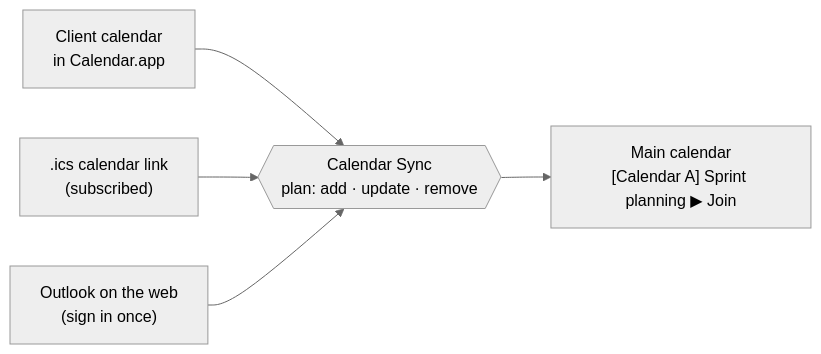
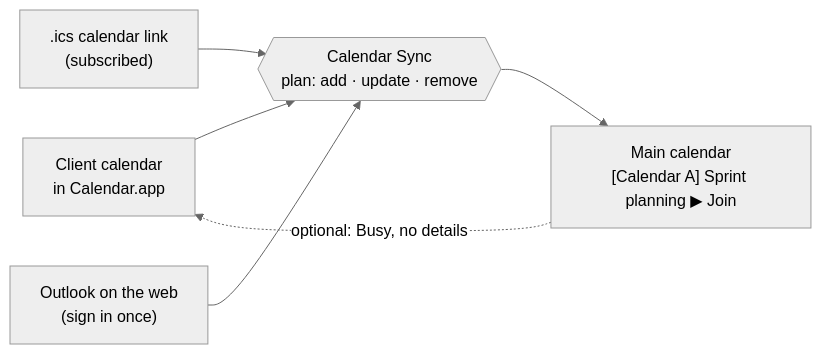
Before and after one commit to fernandojbf/Calendar-Sync: the diagram in README.md, drawn with Mermaid (neutral theme). The commit also changed other lines of this file and 6 other files, not shown here.

````diff
--- a/README.md
+++ b/README.md
@@ -83,7 +91,8 @@
 ```mermaid
 flowchart LR
     A["Client calendar<br/>in Calendar.app"] --> S
     B[".ics calendar link<br/>(subscribed)"] --> S
     C["Outlook on the web<br/>(sign in once)"] --> S
     S{{"Calendar Sync<br/>plan: add · update · remove"}} --> M["Main calendar<br/>[Calendar A] Sprint planning ▶ Join"]
+    M -. "optional: Busy, no details" .-> A
 ```
````
